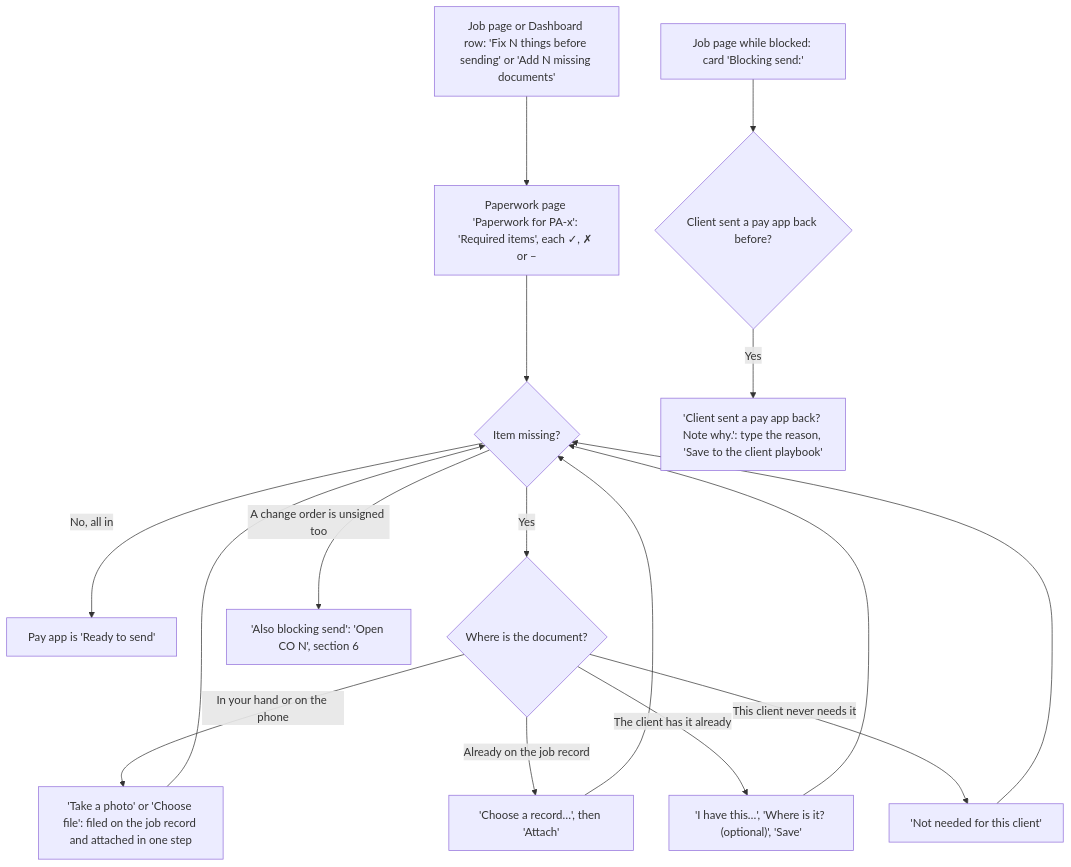
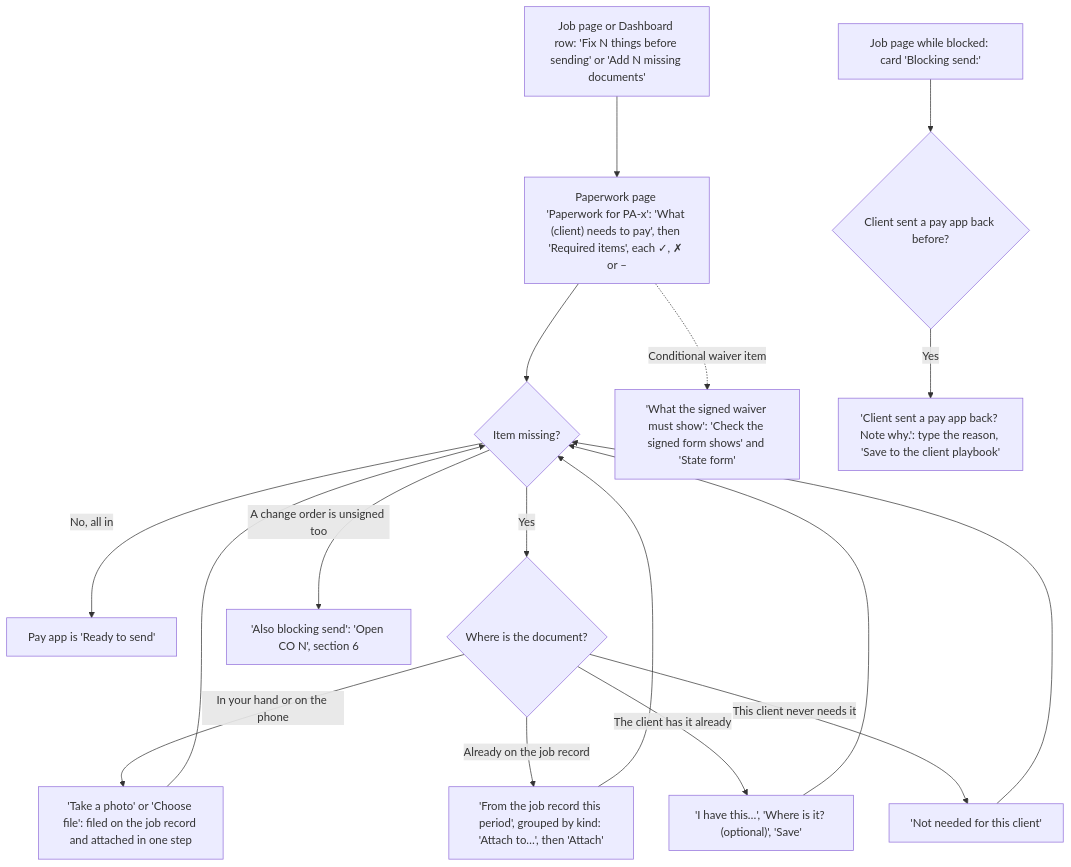
One commit to cartwrightstephen/billdable changed the seventh of 15 diagrams in docs/client-flows.md. Above: the diagram before and after it, drawn with Mermaid. The commit also changed other lines of this file and 8 other files, not shown here.

First line of the commit message:
Finish the waiver form list, closeout skips and the docs for paperwork, waivers and retainage

````diff
--- a/docs/client-flows.md
+++ b/docs/client-flows.md
@@ -266,18 +266,19 @@
 ```mermaid
 flowchart TD
-    A["Job page or Dashboard row: 'Fix N things before sending' or 'Add N missing documents'"] --> B["Paperwork page 'Paperwork for PA-x': 'Required items', each ✓, ✗ or –"]
+    A["Job page or Dashboard row: 'Fix N things before sending' or 'Add N missing documents'"] --> B["Paperwork page 'Paperwork for PA-x': 'What (client) needs to pay', then 'Required items', each ✓, ✗ or –"]
     B --> C{"Item missing?"}
     C -->|"No, all in"| D["Pay app is 'Ready to send'"]
     C -->|"Yes"| E{"Where is the document?"}
     E -->|"In your hand or on the phone"| F["'Take a photo' or 'Choose file': filed on the job record and attached in one step"]
-    E -->|"Already on the job record"| G["'Choose a record…', then 'Attach'"]
+    E -->|"Already on the job record"| G["'From the job record this period', grouped by kind: 'Attach to…', then 'Attach'"]
     E -->|"The client has it already"| H["'I have this…', 'Where is it? (optional)', 'Save'"]
     E -->|"This client never needs it"| I["'Not needed for this client'"]
     F --> C
     G --> C
     H --> C
     I --> C
     C -->|"A change order is unsigned too"| J["'Also blocking send': 'Open CO N', section 6"]
+    B -.->|"Conditional waiver item"| W["'What the signed waiver must show': 'Check the signed form shows' and 'State form'"]
     T0["Job page while blocked: card 'Blocking send:'"] --> K{"Client sent a pay app back before?"}
     K -->|"Yes"| L["'Client sent a pay app back? Note why.': type the reason, 'Save to the client playbook'"]
 ```
````
